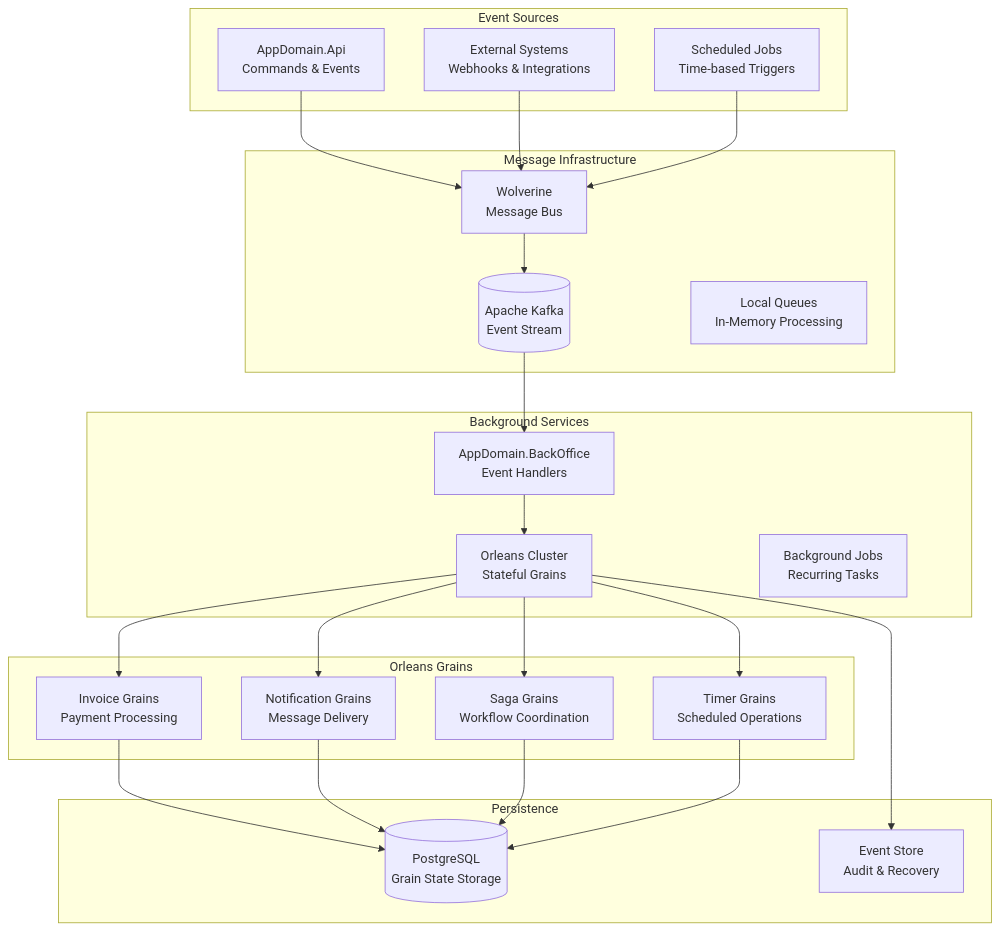
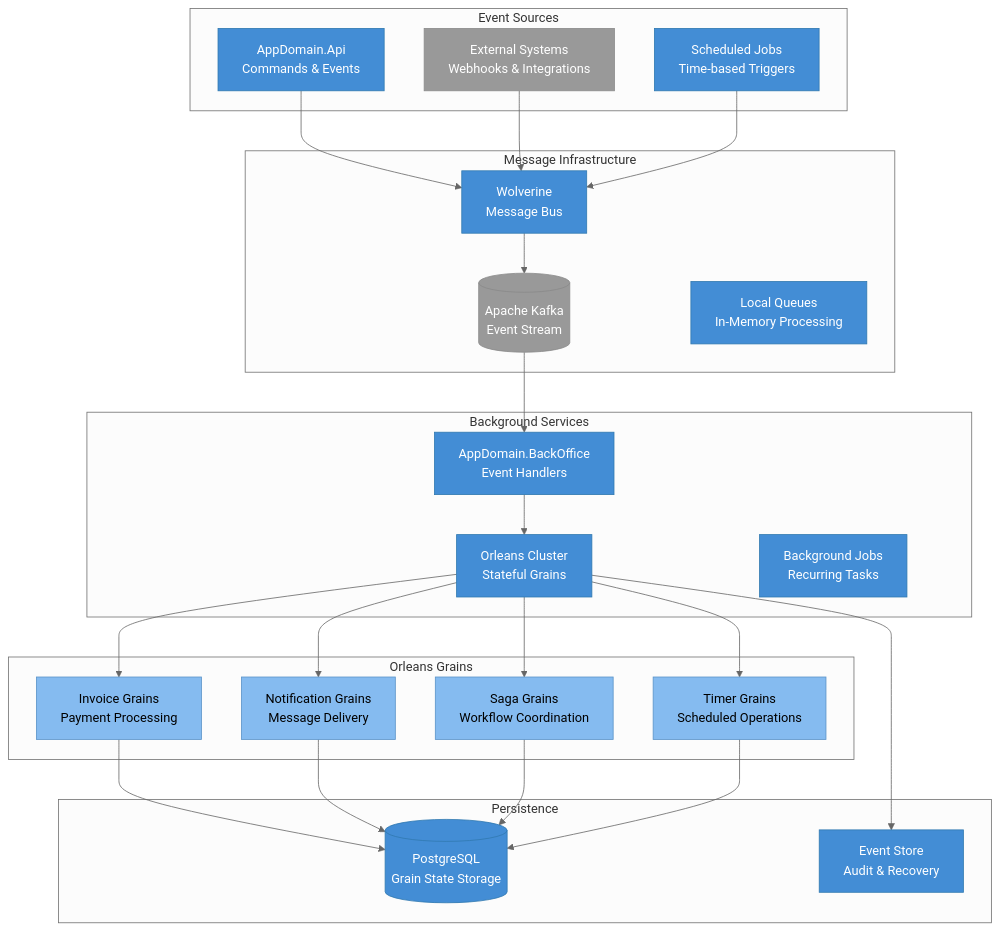
Before and after one commit to vgmello/momentum: the diagram in docs/arch/background-processing.md, drawn with Mermaid. The commit also changed 6 other files, not shown here.

Commit message:
Update documentation and styles: change mermaid theme to default, adjust line-height for multi-line labels, and refine architecture diagrams with neutral theme

````diff
--- a/docs/arch/background-processing.md
+++ b/docs/arch/background-processing.md
@@ -13,48 +13,61 @@
 ```mermaid
+---
+config:
+  theme: neutral
+---
 graph TB
     subgraph SOURCES ["Event Sources"]
         API[AppDomain.Api<br/>Commands & Events]
         External[External Systems<br/>Webhooks & Integrations]
         Scheduled[Scheduled Jobs<br/>Time-based Triggers]
     end
 
     subgraph MSGINFRA ["Message Infrastructure"]
         Wolverine[Wolverine<br/>Message Bus]
         Kafka[(Apache Kafka<br/>Event Stream)]
         LocalQueues[Local Queues<br/>In-Memory Processing]
     end
 
     subgraph BGSVC ["Background Services"]
         BackOffice[AppDomain.BackOffice<br/>Event Handlers]
         Orleans[Orleans Cluster<br/>Stateful Grains]
         Jobs[Background Jobs<br/>Recurring Tasks]
     end
 
     subgraph GRAINS ["Orleans Grains"]
         InvoiceGrain[Invoice Grains<br/>Payment Processing]
         NotificationGrain[Notification Grains<br/>Message Delivery]
         SagaGrain[Saga Grains<br/>Workflow Coordination]
         TimerGrain[Timer Grains<br/>Scheduled Operations]
     end
 
     subgraph PERSIST ["Persistence"]
         Database[(PostgreSQL<br/>Grain State Storage)]
         EventStore[Event Store<br/>Audit & Recovery]
     end
 
     API --> Wolverine
     External --> Wolverine
     Scheduled --> Wolverine
     Wolverine --> Kafka
     Kafka --> BackOffice
     BackOffice --> Orleans
     Orleans --> InvoiceGrain
     Orleans --> NotificationGrain
     Orleans --> SagaGrain
     Orleans --> TimerGrain
     InvoiceGrain --> Database
     NotificationGrain --> Database
     SagaGrain --> Database
     TimerGrain --> Database
     Orleans --> EventStore
+
+    classDef container fill:#438dd5,stroke:#3079b0,color:#ffffff
+    classDef component fill:#85bbf0,stroke:#5b93c8,color:#000000
+    classDef external fill:#999999,stroke:#8a8a8a,color:#ffffff
+    classDef person fill:#08427b,stroke:#052e56,color:#ffffff
+
+    class API,Scheduled,Wolverine,LocalQueues,BackOffice,Orleans,Jobs,Database,EventStore container
+    class InvoiceGrain,NotificationGrain,SagaGrain,TimerGrain component
+    class External,Kafka external
 ```
````
